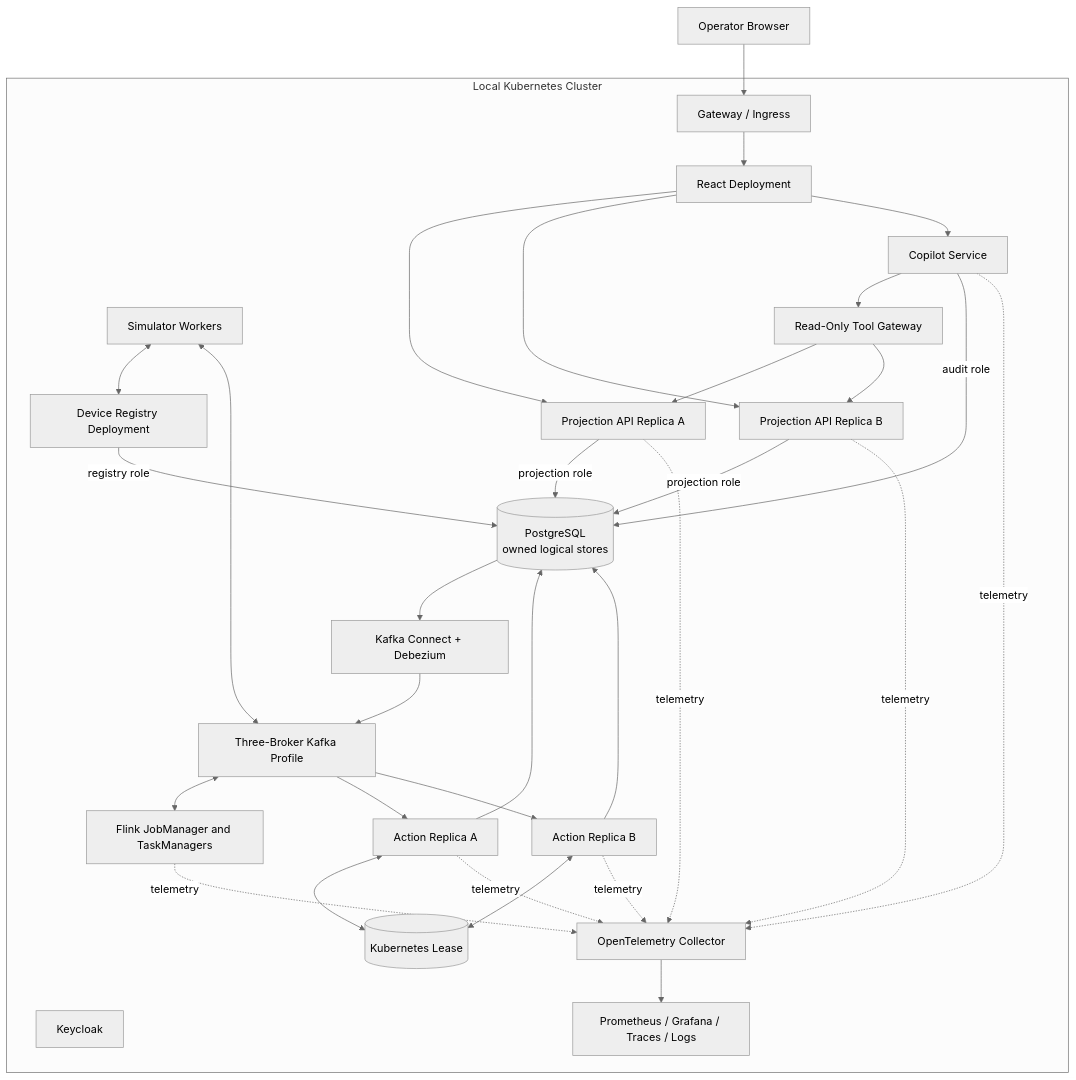
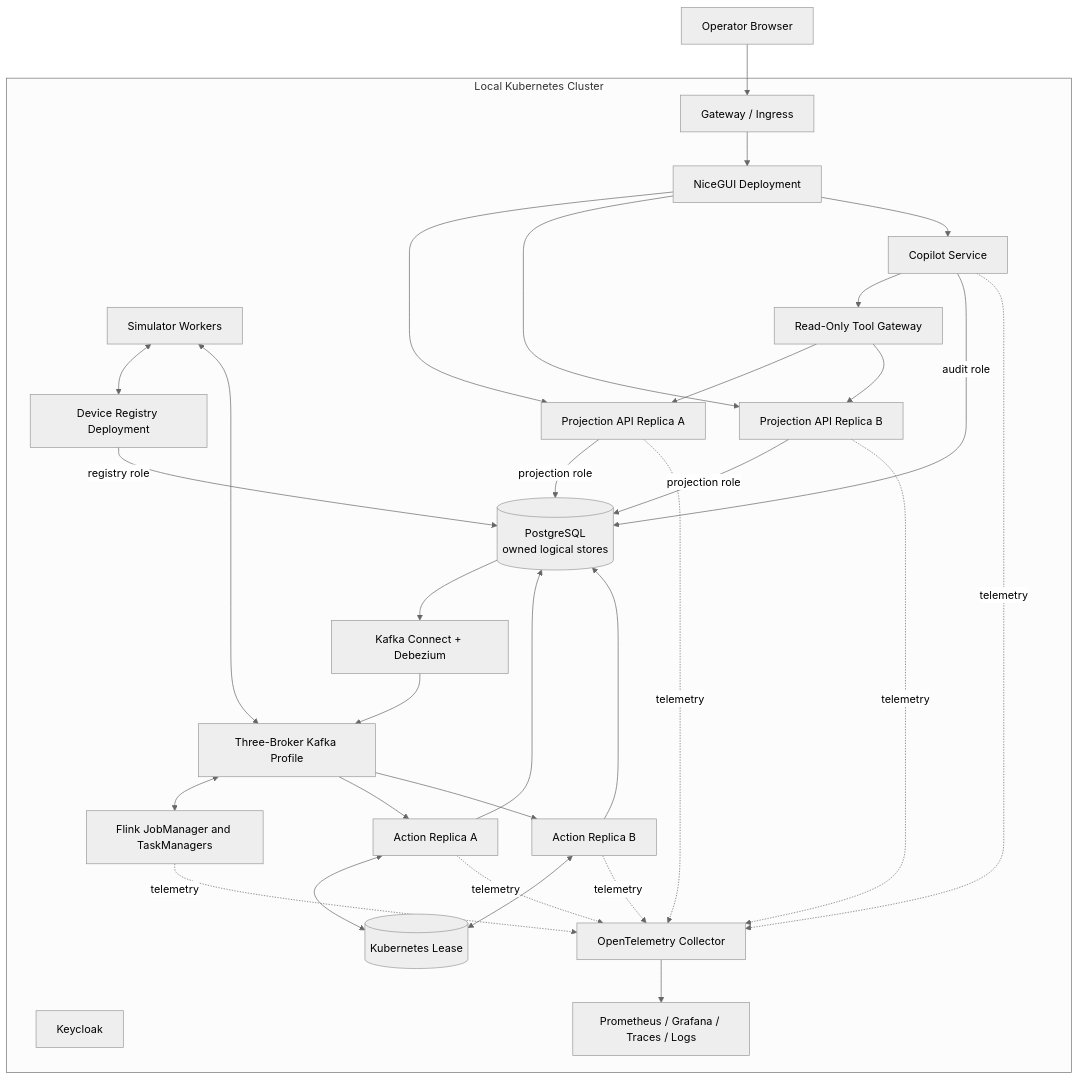
The second of 2 diagrams in docs/design/SYSTEM_DESIGN.md (snkprdhn/CMPE-273-Group-10-Project), drawn with Mermaid (neutral theme) before and after one commit. The commit also changed other lines of this file and 36 other files, not shown here.

````diff
--- a/docs/design/SYSTEM_DESIGN.md
+++ b/docs/design/SYSTEM_DESIGN.md
@@ -145,54 +145,54 @@
 ```mermaid
 flowchart TB
     BROWSER[Operator Browser]
     subgraph CLUSTER[Local Kubernetes Cluster]
         GW[Gateway / Ingress]
-        WEB[React Deployment]
+        WEB[NiceGUI Deployment]
         API1[Projection API Replica A]
         API2[Projection API Replica B]
         ACT1[Action Replica A]
         ACT2[Action Replica B]
         LEASE[(Kubernetes Lease)]
         REG[Device Registry Deployment]
         SIM[Simulator Workers]
         FLINK[Flink JobManager and TaskManagers]
         KAFKA[Three-Broker Kafka Profile]
         CONNECT[Kafka Connect + Debezium]
         DB[(PostgreSQL<br/>owned logical stores)]
         IDP[Keycloak]
         AGENT[Copilot Service]
         TOOLS[Read-Only Tool Gateway]
         OTEL[OpenTelemetry Collector]
         OBS[Prometheus / Grafana / Traces / Logs]
     end
     BROWSER --> GW
     GW --> WEB
     WEB --> API1
     WEB --> API2
     WEB --> AGENT
     AGENT --> TOOLS
     TOOLS --> API1
     TOOLS --> API2
     ACT1 <--> LEASE
     ACT2 <--> LEASE
     SIM <--> REG
     REG -->|registry role| DB
     SIM <--> KAFKA
     KAFKA <--> FLINK
     KAFKA --> ACT1
     KAFKA --> ACT2
     ACT1 --> DB
     ACT2 --> DB
     DB --> CONNECT
     CONNECT --> KAFKA
     API1 -->|projection role| DB
     API2 -->|projection role| DB
     AGENT -->|audit role| DB
     API1 -.telemetry.-> OTEL
     API2 -.telemetry.-> OTEL
     ACT1 -.telemetry.-> OTEL
     ACT2 -.telemetry.-> OTEL
     FLINK -.telemetry.-> OTEL
     AGENT -.telemetry.-> OTEL
     OTEL --> OBS
 ```
````
